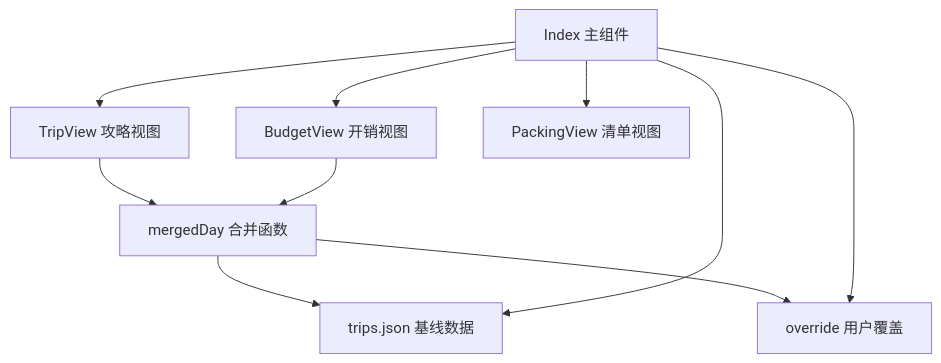
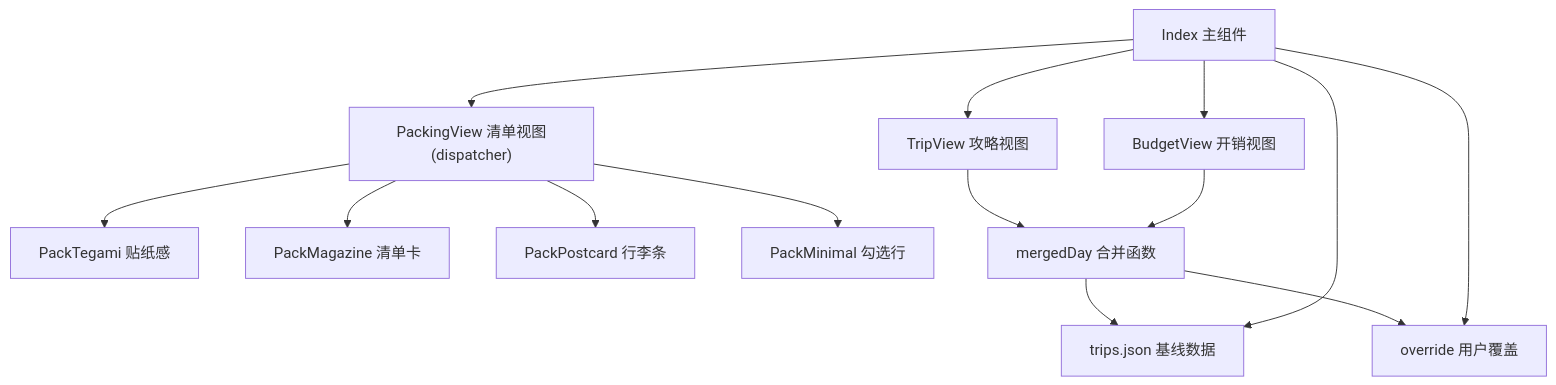
Before and after one commit to JexZhang/TripList: the first of 5 diagrams in docs/codemap.md, drawn with Mermaid. The commit also changed other lines of this file and 21 other files, not shown here.

````diff
--- a/docs/codemap.md
+++ b/docs/codemap.md
@@ -80,12 +86,16 @@
 ```mermaid
 graph TD
     Index["Index 主组件"] --> TripView["TripView 攻略视图"]
     Index --> BudgetView["BudgetView 开销视图"]
-    Index --> PackingView["PackingView 清单视图"]
+    Index --> PackingView["PackingView 清单视图(dispatcher)"]
+    PackingView --> PackTegami["PackTegami 贴纸感"]
+    PackingView --> PackMagazine["PackMagazine 清单卡"]
+    PackingView --> PackPostcard["PackPostcard 行李条"]
+    PackingView --> PackMinimal["PackMinimal 勾选行"]
     TripView --> mergedDay["mergedDay 合并函数"]
     BudgetView --> mergedDay
     mergedDay --> trips.json["trips.json 基线数据"]
     mergedDay --> override["override 用户覆盖"]
     Index --> override
     Index --> trips.json
 ```
````
